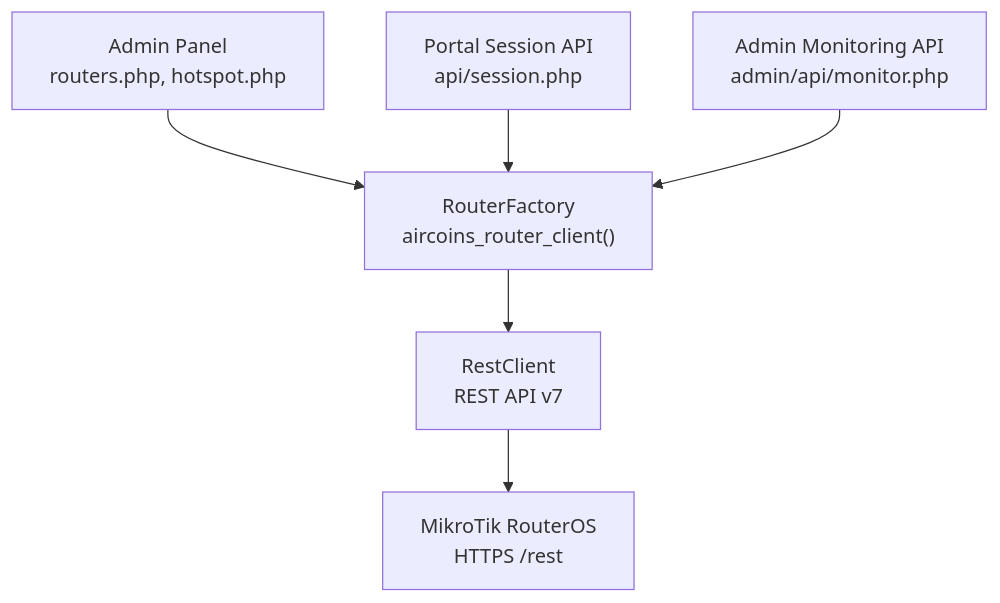
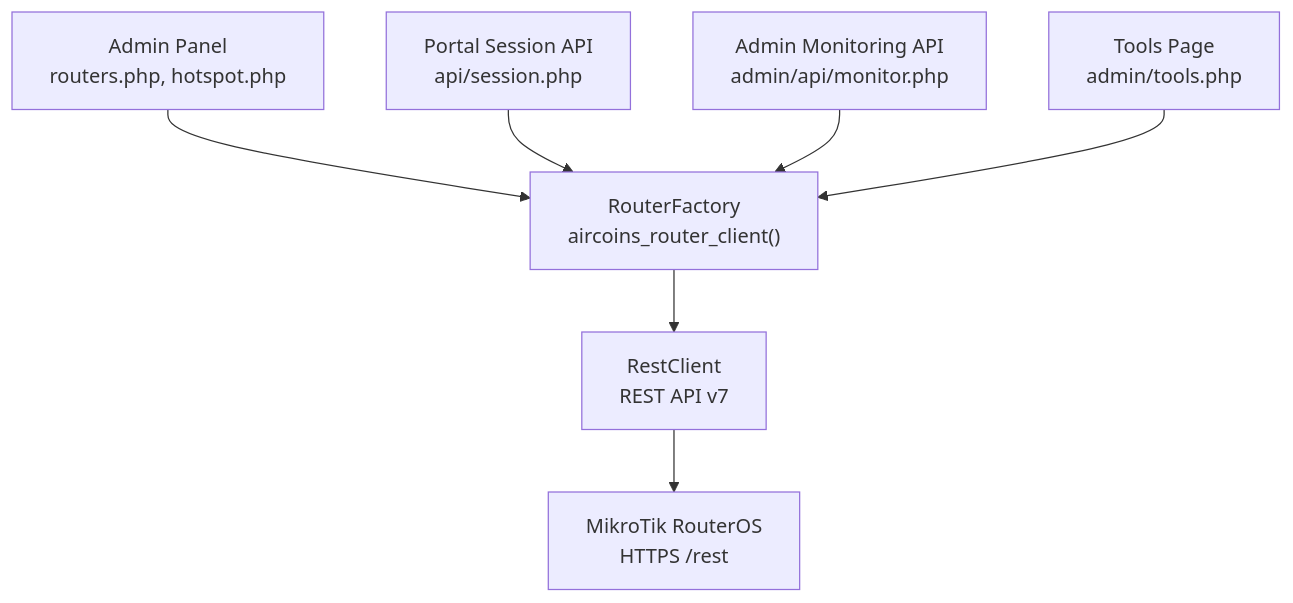
One commit to Djnirds1984/MT-CONTROLLER-PISOWIFI changed the first of 6 diagrams in .qoder/repowiki/en/content/RouterOS Integration/REST API Client.md. Above: the diagram before and after it, drawn with Mermaid. The commit also changed other lines of this file and 45 other files, not shown here.

````diff
--- a/.qoder/repowiki/en/content/RouterOS Integration/REST API Client.md
+++ b/.qoder/repowiki/en/content/RouterOS Integration/REST API Client.md
@@ -46,8 +52,9 @@
 ```mermaid
 graph TB
 Admin["Admin Panel<br/>routers.php, hotspot.php"] --> Factory["RouterFactory<br/>aircoins_router_client()"]
 Portal["Portal Session API<br/>api/session.php"] --> Factory
 Monitor["Admin Monitoring API<br/>admin/api/monitor.php"] --> Factory
+Tools["Tools Page<br/>admin/tools.php"] --> Factory
 Factory --> RestClient["RestClient<br/>REST API v7"]
 RestClient --> RouterOS["MikroTik RouterOS<br/>HTTPS /rest"]
 ```
````
